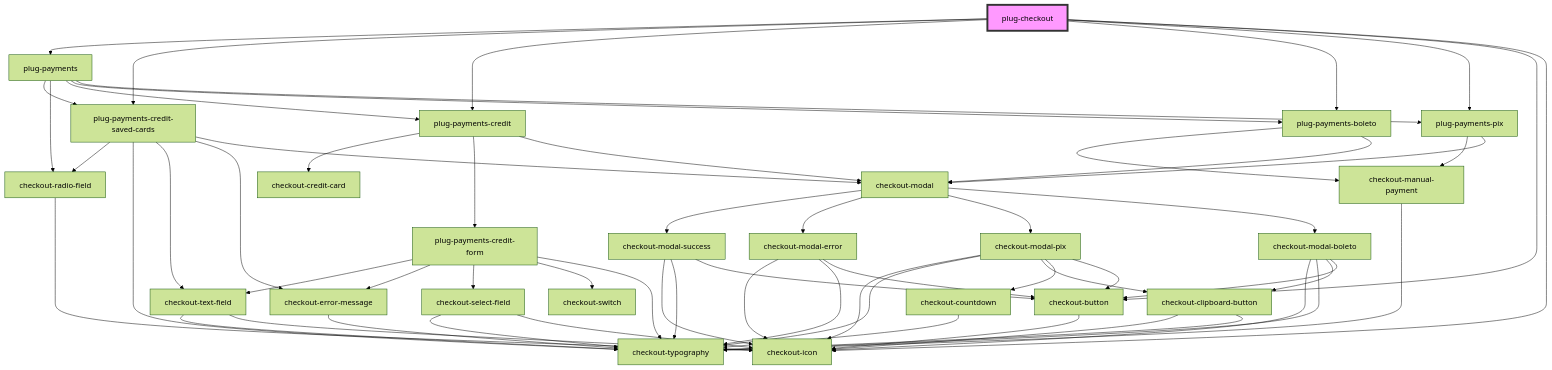
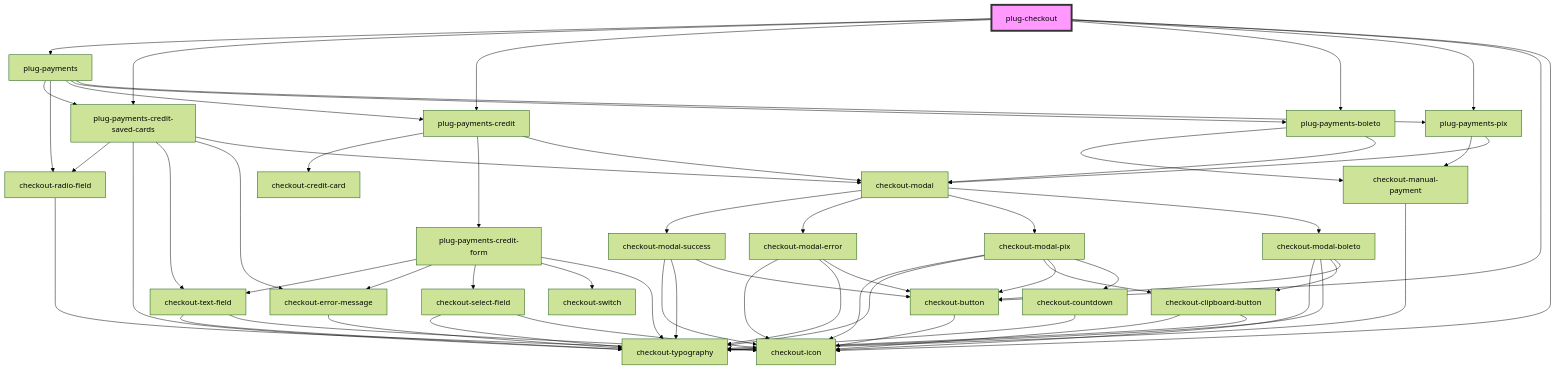
The diagram in packages/checkout/core/src/components/plug-checkout/readme.md (plughacker/malga-checkout), drawn with Mermaid (forest theme) before and after one commit. The commit also changed other lines of this file and 9 other files, not shown here.

````diff
--- a/packages/checkout/core/src/components/plug-checkout/readme.md
+++ b/packages/checkout/core/src/components/plug-checkout/readme.md
@@ -43,63 +43,63 @@
 ```mermaid
 graph TD;
   plug-checkout --> plug-payments
   plug-checkout --> plug-payments-credit-saved-cards
   plug-checkout --> plug-payments-credit
   plug-checkout --> plug-payments-boleto
   plug-checkout --> plug-payments-pix
   plug-checkout --> checkout-button
   plug-checkout --> checkout-icon
   plug-payments --> plug-payments-credit-saved-cards
   plug-payments --> checkout-radio-field
   plug-payments --> plug-payments-credit
   plug-payments --> plug-payments-boleto
   plug-payments --> plug-payments-pix
   plug-payments-credit-saved-cards --> checkout-radio-field
   plug-payments-credit-saved-cards --> checkout-typography
   plug-payments-credit-saved-cards --> checkout-text-field
   plug-payments-credit-saved-cards --> checkout-error-message
   plug-payments-credit-saved-cards --> checkout-modal
   checkout-radio-field --> checkout-icon
   checkout-text-field --> checkout-typography
   checkout-text-field --> checkout-icon
   checkout-error-message --> checkout-typography
   checkout-modal --> checkout-modal-success
   checkout-modal --> checkout-modal-error
   checkout-modal --> checkout-modal-pix
   checkout-modal --> checkout-modal-boleto
   checkout-modal-success --> checkout-icon
   checkout-modal-success --> checkout-typography
   checkout-modal-success --> checkout-button
   checkout-button --> checkout-icon
   checkout-modal-error --> checkout-icon
   checkout-modal-error --> checkout-typography
   checkout-modal-error --> checkout-button
   checkout-modal-pix --> checkout-icon
   checkout-modal-pix --> checkout-typography
   checkout-modal-pix --> checkout-clipboard-button
+  checkout-modal-pix --> checkout-button
   checkout-modal-pix --> checkout-countdown
-  checkout-modal-pix --> checkout-button
   checkout-clipboard-button --> checkout-icon
   checkout-clipboard-button --> checkout-typography
   checkout-countdown --> checkout-typography
   checkout-modal-boleto --> checkout-icon
   checkout-modal-boleto --> checkout-typography
   checkout-modal-boleto --> checkout-clipboard-button
   checkout-modal-boleto --> checkout-button
   plug-payments-credit --> checkout-credit-card
   plug-payments-credit --> plug-payments-credit-form
   plug-payments-credit --> checkout-modal
   plug-payments-credit-form --> checkout-text-field
   plug-payments-credit-form --> checkout-error-message
   plug-payments-credit-form --> checkout-select-field
   plug-payments-credit-form --> checkout-switch
   plug-payments-credit-form --> checkout-typography
   checkout-select-field --> checkout-typography
   checkout-select-field --> checkout-icon
   plug-payments-boleto --> checkout-manual-payment
   plug-payments-boleto --> checkout-modal
   checkout-manual-payment --> checkout-typography
   plug-payments-pix --> checkout-manual-payment
   plug-payments-pix --> checkout-modal
   style plug-checkout fill:#f9f,stroke:#333,stroke-width:4px
 ```
````
